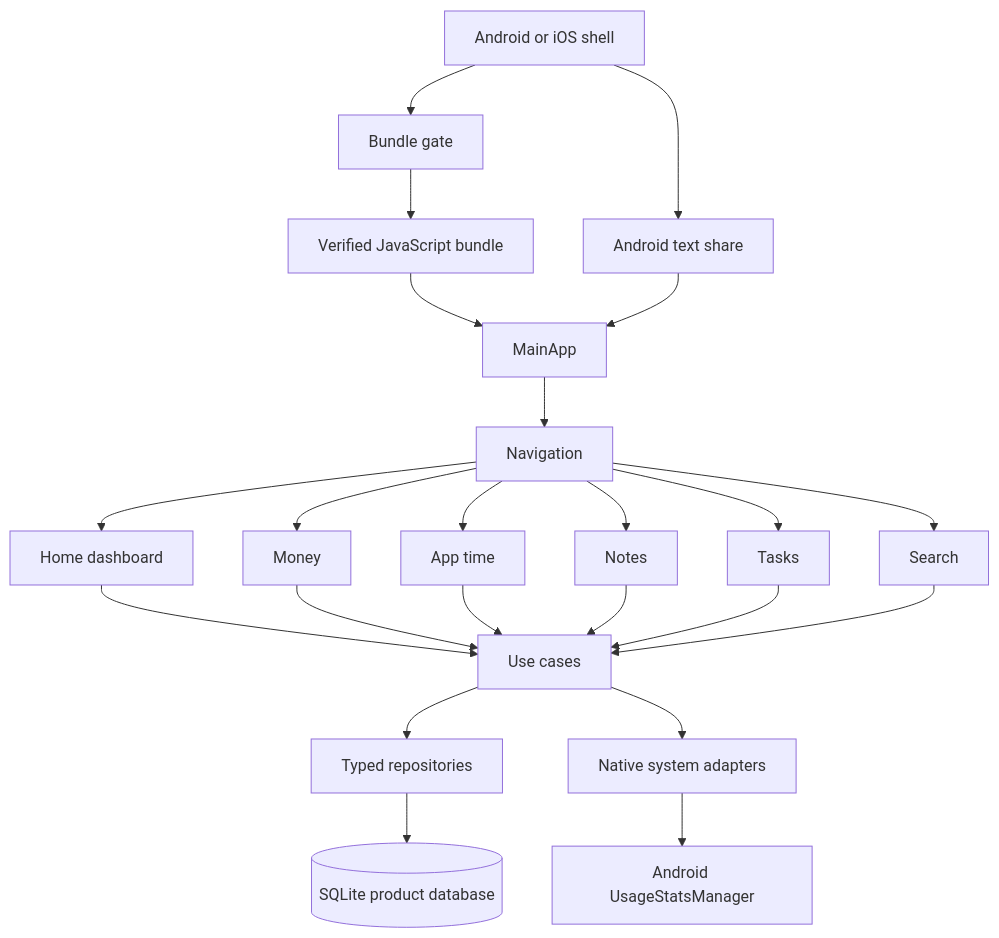
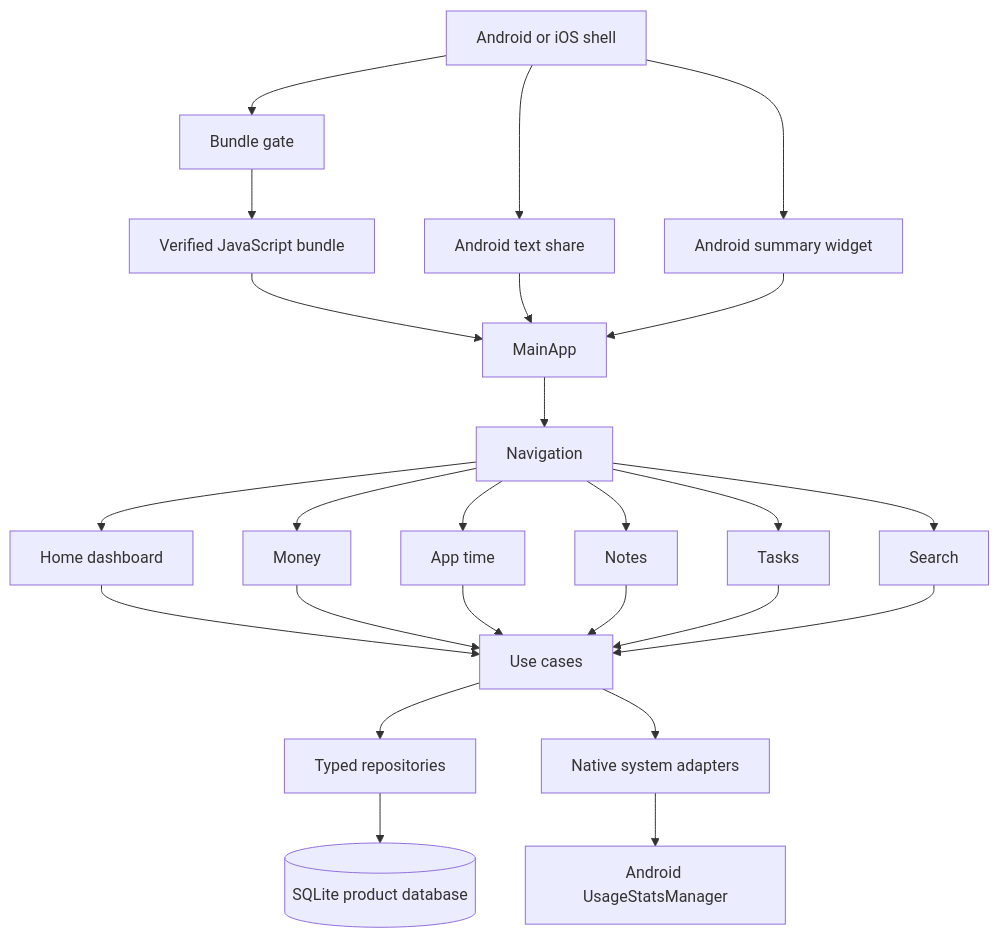
Before and after one commit to Tsukugi/Yuzuha: the first of 2 diagrams in docs/architecture.md, drawn with Mermaid. The commit also changed other lines of this file and 25 other files, not shown here.

Commit message:
Add Android summary widget

````diff
--- a/docs/architecture.md
+++ b/docs/architecture.md
@@ -17,25 +19,27 @@
 ```mermaid
 flowchart TD
     OS[Android or iOS shell] --> G[Bundle gate]
     OS --> SHARE[Android text share]
+    OS --> WIDGET[Android summary widget]
     G --> B[Verified JavaScript bundle]
     B --> APP[MainApp]
     SHARE --> APP
+    WIDGET --> APP
     APP --> NAV[Navigation]
     NAV --> HOME[Home dashboard]
     NAV --> MONEY[Money]
     NAV --> TIME[App time]
     NAV --> NOTES[Notes]
     NAV --> TASKS[Tasks]
     NAV --> SEARCH[Search]
     HOME --> USE[Use cases]
     MONEY --> USE
     TIME --> USE
     NOTES --> USE
     TASKS --> USE
     SEARCH --> USE
     USE --> REPO[Typed repositories]
     REPO --> DB[(SQLite product database)]
     USE --> SYS[Native system adapters]
     SYS --> USAGE[Android UsageStatsManager]
 ```
````
